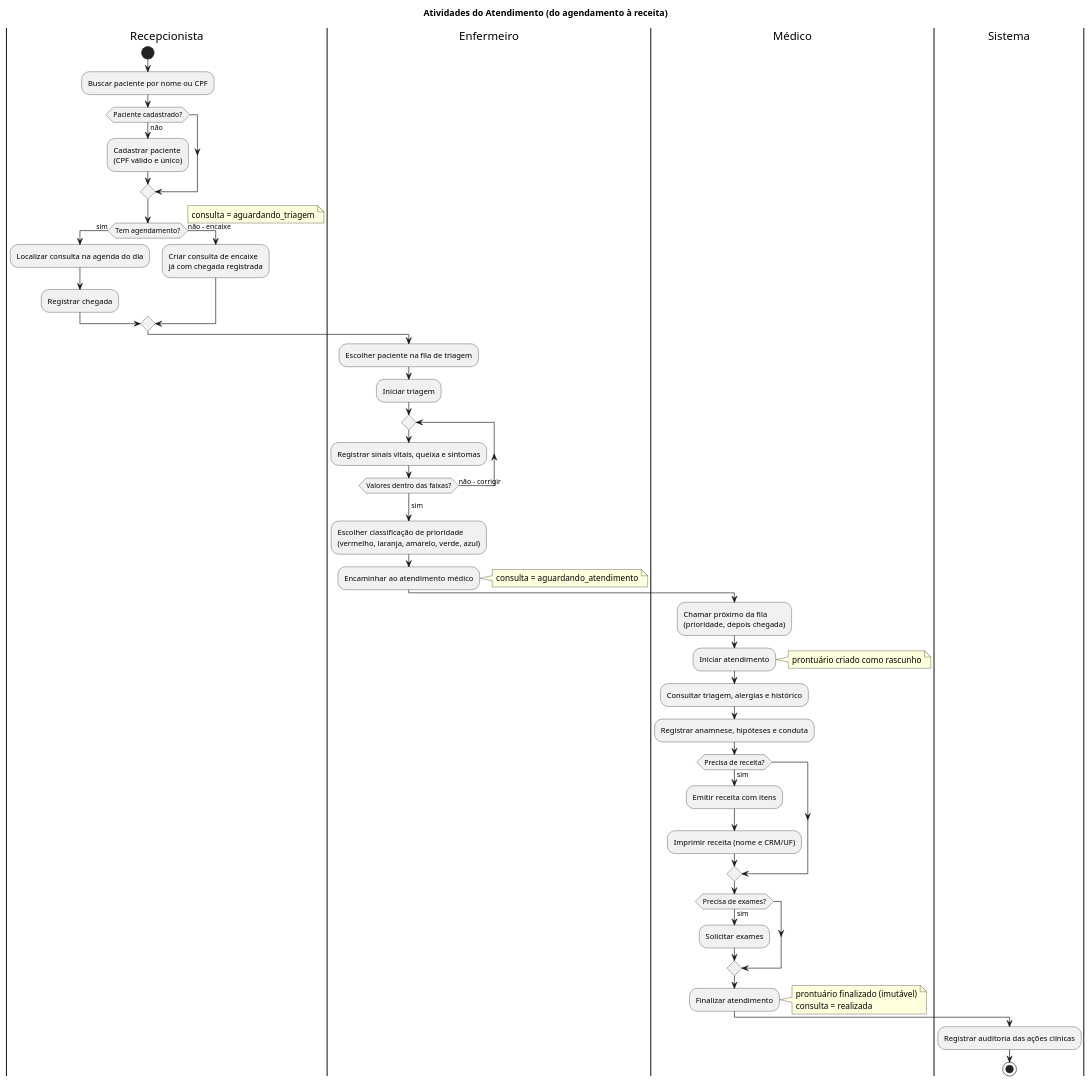
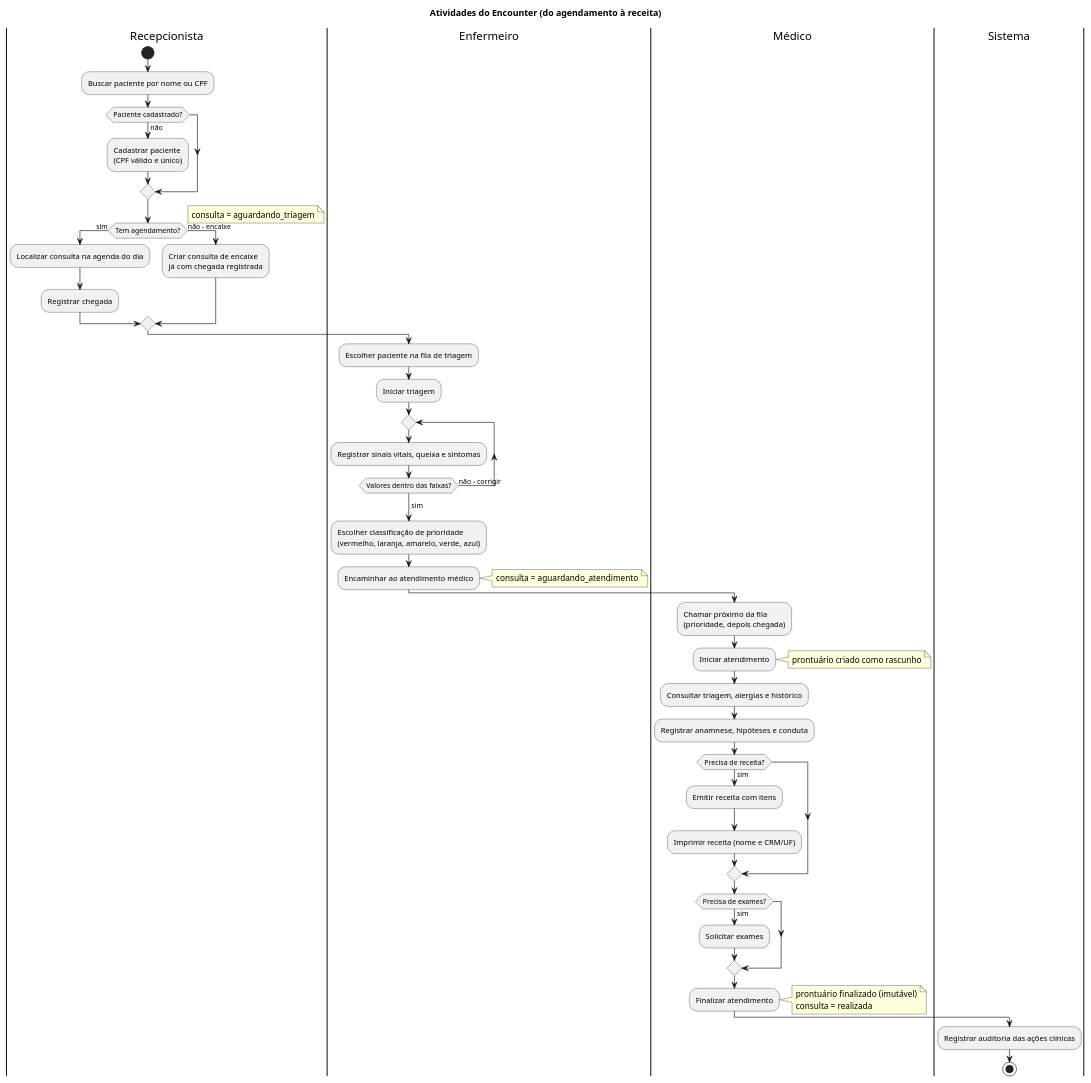
Before and after one commit to roobertoAlves/hospital-case-backend: the diagram in diagrams/Atividades_Atendimento.puml, drawn with PlantUML. The commit also changed 89 other files, not shown here.

```diff
--- a/diagrams/Atividades_Atendimento.puml
+++ b/diagrams/Atividades_Atendimento.puml
@@ -1,51 +1,51 @@
 @startuml Atividades_Atendimento
-title Atividades do Atendimento (do agendamento à receita)
+title Atividades do Encounter (do agendamento à receita)
 
 |Recepcionista|
 start
 :Buscar paciente por nome ou CPF;
 if (Paciente cadastrado?) then (não)
   :Cadastrar paciente\n(CPF válido e único);
 endif
 if (Tem agendamento?) then (sim)
   :Localizar consulta na agenda do dia;
   :Registrar chegada;
 else (não - encaixe)
   :Criar consulta de encaixe\njá com chegada registrada;
 endif
 note right: consulta = aguardando_triagem
 
 |Enfermeiro|
 :Escolher paciente na fila de triagem;
 :Iniciar triagem;
 repeat
   :Registrar sinais vitais, queixa e sintomas;
 repeat while (Valores dentro das faixas?) is (não - corrigir)
 ->sim;
 :Escolher classificação de prioridade\n(vermelho, laranja, amarelo, verde, azul);
 :Encaminhar ao atendimento médico;
 note right: consulta = aguardando_atendimento
 
 |Médico|
 :Chamar próximo da fila\n(prioridade, depois chegada);
 :Iniciar atendimento;
 note right: prontuário criado como rascunho
 :Consultar triagem, alergias e histórico;
 :Registrar anamnese, hipóteses e conduta;
 if (Precisa de receita?) then (sim)
   :Emitir receita com itens;
   :Imprimir receita (nome e CRM/UF);
 endif
 if (Precisa de exames?) then (sim)
   :Solicitar exames;
 endif
 :Finalizar atendimento;
 note right
   prontuário finalizado (imutável)
   consulta = realizada
 end note
 
 |Sistema|
 :Registrar auditoria das ações clínicas;
 stop
 @enduml
```
